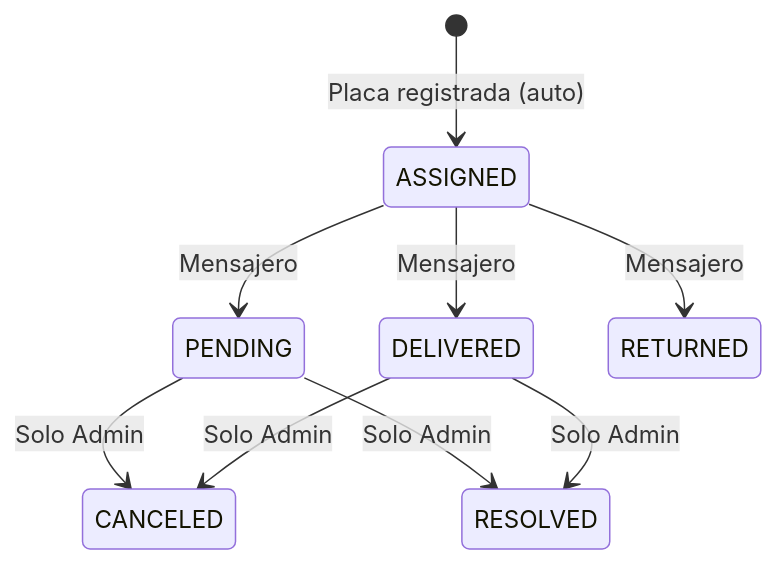
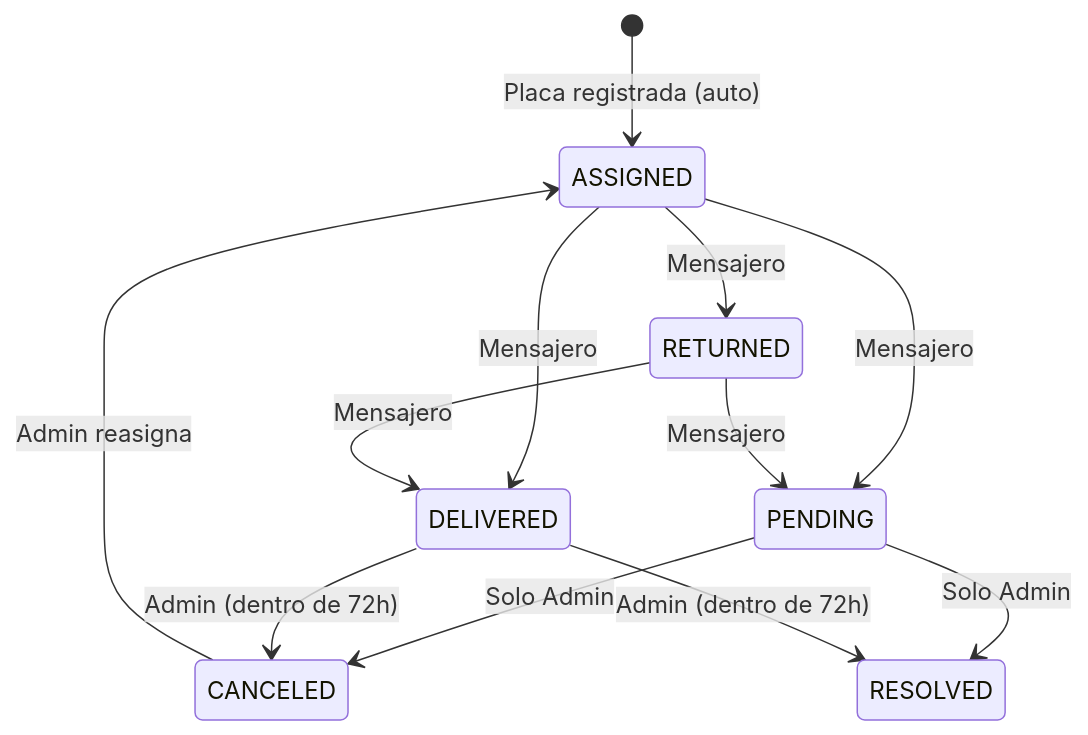
One commit to fttmatteo/messenger-backend changed the seventh of 8 diagrams in README.md. Above: the diagram before and after it, drawn with Mermaid. The commit also changed other lines of this file and 4 other files, not shown here.

````diff
--- a/README.md
+++ b/README.md
@@ -1164,14 +1206,19 @@
 ```mermaid
 stateDiagram-v2
     [*] --> ASSIGNED: Placa registrada (auto)
     
     ASSIGNED --> PENDING: Mensajero
     ASSIGNED --> DELIVERED: Mensajero
     ASSIGNED --> RETURNED: Mensajero
     
     PENDING --> CANCELED: Solo Admin
     PENDING --> RESOLVED: Solo Admin
     
-    DELIVERED --> CANCELED: Solo Admin
-    DELIVERED --> RESOLVED: Solo Admin
+    DELIVERED --> CANCELED: Admin (dentro de 72h)
+    DELIVERED --> RESOLVED: Admin (dentro de 72h)
+    
+    CANCELED --> ASSIGNED: Admin reasigna
+    
+    RETURNED --> PENDING: Mensajero
+    RETURNED --> DELIVERED: Mensajero
 ```
````
